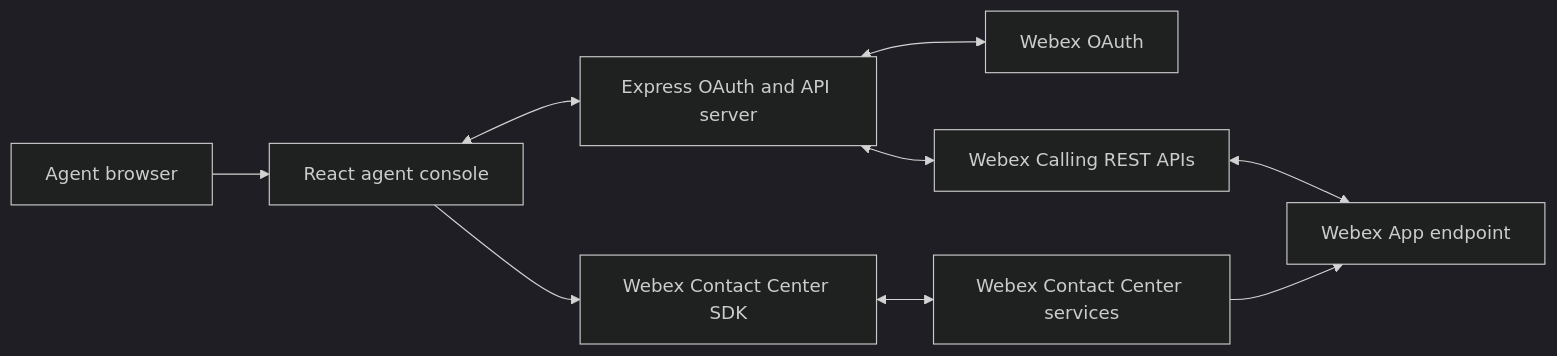
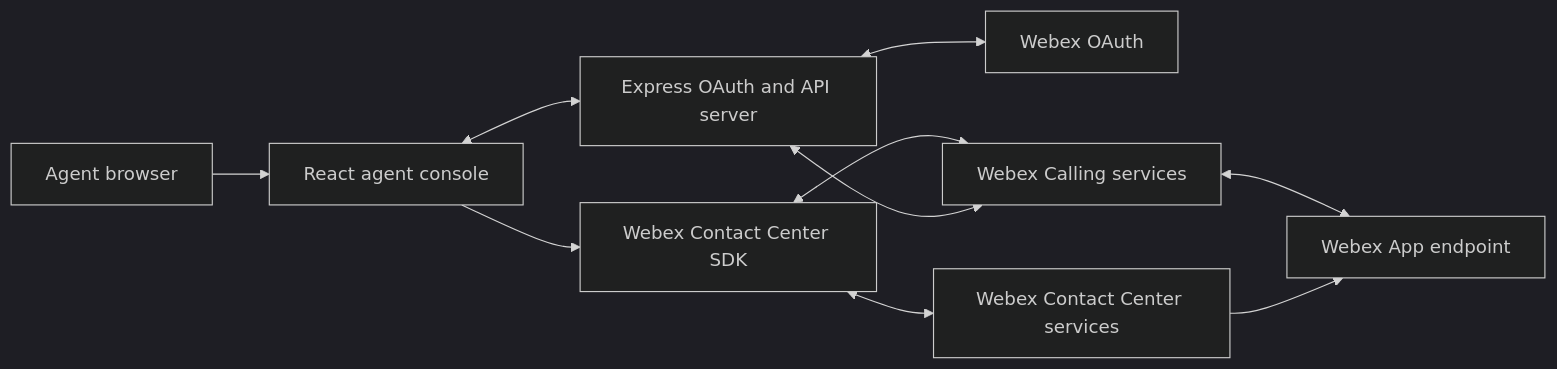
Before and after one commit to aashishberry/webexcc_sdk_app: the first of 8 diagrams in ARCHITECTURE.md, drawn with Mermaid (dark theme). The commit also changed other lines of this file and 13 other files, not shown here.

````diff
--- a/ARCHITECTURE.md
+++ b/ARCHITECTURE.md
@@ -16,20 +18,21 @@
 ```mermaid
 flowchart LR
     Agent["Agent browser"]
     UI["React agent console"]
     SDK["Webex Contact Center SDK"]
     Server["Express OAuth and API server"]
     OAuth["Webex OAuth"]
     WxCC["Webex Contact Center services"]
-    Calling["Webex Calling REST APIs"]
+    Calling["Webex Calling services"]
     App["Webex App endpoint"]
 
     Agent --> UI
     UI --> SDK
     SDK <--> WxCC
+    SDK <--> Calling
     UI <--> Server
     Server <--> OAuth
     Server <--> Calling
     Calling <--> App
     WxCC --> App
 ```
````
